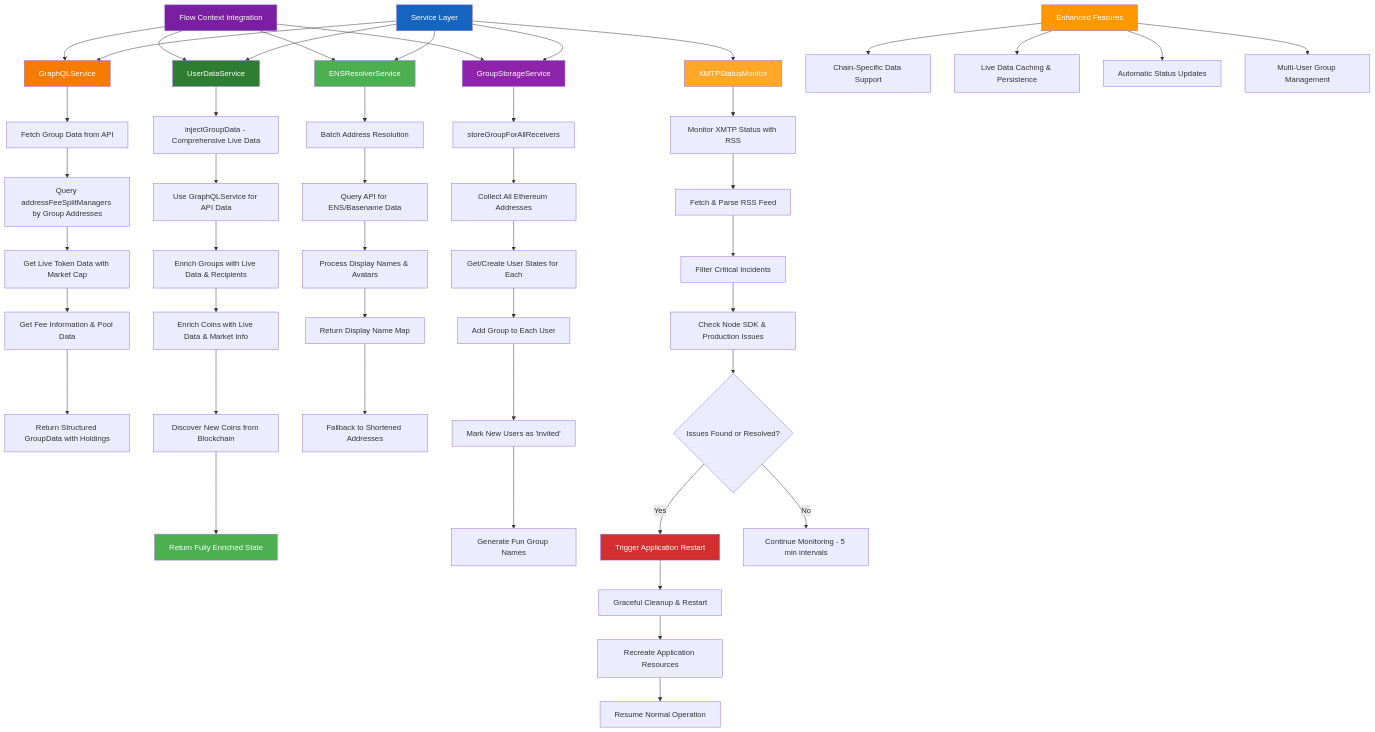
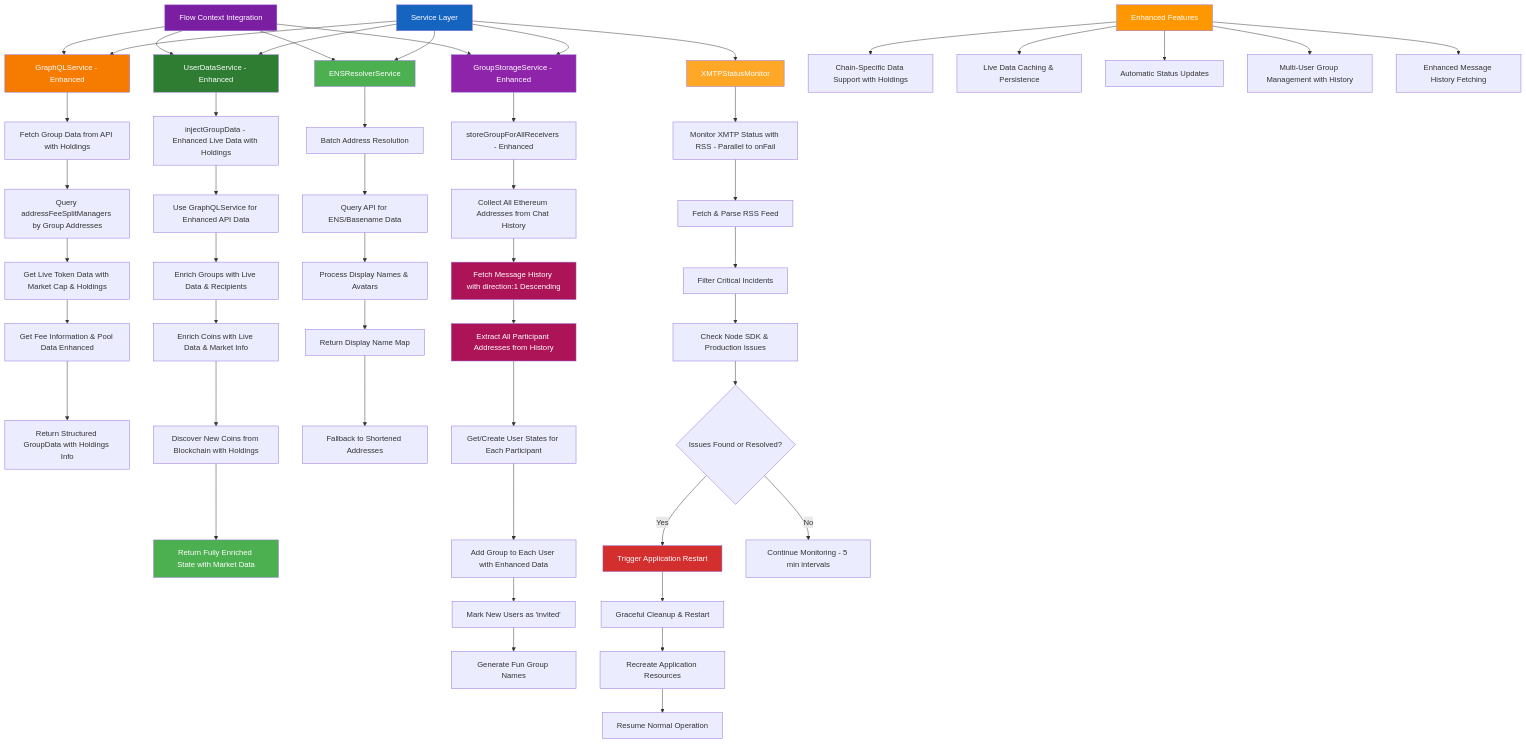
The ninth of 13 diagrams in SYSTEM_ARCHITECTURE.md (flayerlabs/xmtp-flaunchy), drawn with Mermaid before and after one commit. The commit also changed other lines of this file, not shown here.

Commit message:
update system architecture

````diff
--- a/SYSTEM_ARCHITECTURE.md
+++ b/SYSTEM_ARCHITECTURE.md
@@ -650,67 +718,72 @@
 ```mermaid
 graph TD
-    A[Service Layer] --> B[GraphQLService]
-    A --> C[UserDataService]
+    A[Service Layer] --> B[GraphQLService - Enhanced]
+    A --> C[UserDataService - Enhanced]
     A --> D[ENSResolverService]
-    A --> E[GroupStorageService]
+    A --> E[GroupStorageService - Enhanced]
     A --> F[XMTPStatusMonitor]
 
-    B --> G[Fetch Group Data from API]
+    B --> G[Fetch Group Data from API with Holdings]
     G --> H[Query addressFeeSplitManagers by Group Addresses]
-    H --> I[Get Live Token Data with Market Cap]
-    I --> J[Get Fee Information & Pool Data]
-    J --> K[Return Structured GroupData with Holdings]
+    H --> I[Get Live Token Data with Market Cap & Holdings]
+    I --> J[Get Fee Information & Pool Data Enhanced]
+    J --> K[Return Structured GroupData with Holdings Info]
 
-    C --> L[injectGroupData - Comprehensive Live Data]
-    L --> M[Use GraphQLService for API Data]
+    C --> L[injectGroupData - Enhanced Live Data with Holdings]
+    L --> M[Use GraphQLService for Enhanced API Data]
     M --> N[Enrich Groups with Live Data & Recipients]
     N --> O[Enrich Coins with Live Data & Market Info]
-    O --> P[Discover New Coins from Blockchain]
-    P --> Q[Return Fully Enriched State]
+    O --> P[Discover New Coins from Blockchain with Holdings]
+    P --> Q[Return Fully Enriched State with Market Data]
 
     D --> R[Batch Address Resolution]
     R --> S[Query API for ENS/Basename Data]
     S --> T[Process Display Names & Avatars]
     T --> U[Return Display Name Map]
     U --> V[Fallback to Shortened Addresses]
 
-    E --> W[storeGroupForAllReceivers]
-    W --> X[Collect All Ethereum Addresses]
-    X --> Y[Get/Create User States for Each]
-    Y --> Z[Add Group to Each User]
-    Z --> AA[Mark New Users as 'invited']
-    AA --> BB[Generate Fun Group Names]
+    E --> W[storeGroupForAllReceivers - Enhanced]
+    W --> X[Collect All Ethereum Addresses from Chat History]
+    X --> Y[Fetch Message History with direction:1 Descending]
+    Y --> Z[Extract All Participant Addresses from History]
+    Z --> AA[Get/Create User States for Each Participant]
+    AA --> BB[Add Group to Each User with Enhanced Data]
+    BB --> CC[Mark New Users as 'invited']
+    CC --> DD[Generate Fun Group Names]
 
-    F --> CC[Monitor XMTP Status with RSS]
-    CC --> DD[Fetch & Parse RSS Feed]
-    DD --> EE[Filter Critical Incidents]
-    EE --> FF[Check Node SDK & Production Issues]
-    FF --> GG{Issues Found or Resolved?}
-    GG -->|Yes| HH[Trigger Application Restart]
-    GG -->|No| II[Continue Monitoring - 5 min intervals]
+    F --> EE[Monitor XMTP Status with RSS - Parallel to onFail]
+    EE --> FF[Fetch & Parse RSS Feed]
+    FF --> GG[Filter Critical Incidents]
+    GG --> HH[Check Node SDK & Production Issues]
+    HH --> II{Issues Found or Resolved?}
+    II -->|Yes| JJ[Trigger Application Restart]
+    II -->|No| KK[Continue Monitoring - 5 min intervals]
 
-    HH --> JJ[Graceful Cleanup & Restart]
-    JJ --> KK[Recreate Application Resources]
-    KK --> LL[Resume Normal Operation]
+    JJ --> LL[Graceful Cleanup & Restart]
+    LL --> MM[Recreate Application Resources]
+    MM --> NN[Resume Normal Operation]
 
-    MM[Flow Context Integration] --> B
-    MM --> C
-    MM --> D
-    MM --> E
+    OO[Flow Context Integration] --> B
+    OO --> C
+    OO --> D
+    OO --> E
 
-    NN[Enhanced Features] --> OO[Chain-Specific Data Support]
-    NN --> PP[Live Data Caching & Persistence]
-    NN --> QQ[Automatic Status Updates]
-    NN --> RR[Multi-User Group Management]
+    PP[Enhanced Features] --> QQ[Chain-Specific Data Support with Holdings]
+    PP --> RR[Live Data Caching & Persistence]
+    PP --> SS[Automatic Status Updates]
+    PP --> TT[Multi-User Group Management with History]
+    PP --> UU[Enhanced Message History Fetching]
 
     style A fill:#1565C0,color:#ffffff
-    style MM fill:#7B1FA2,color:#ffffff
+    style OO fill:#7B1FA2,color:#ffffff
     style B fill:#F57C00,color:#ffffff
     style C fill:#2E7D32,color:#ffffff
     style D fill:#4CAF50,color:#ffffff
     style E fill:#8E24AA,color:#ffffff
     style F fill:#FFA726,color:#ffffff
-    style NN fill:#FF9800,color:#ffffff
-    style HH fill:#D32F2F,color:#ffffff
+    style PP fill:#FF9800,color:#ffffff
+    style JJ fill:#D32F2F,color:#ffffff
     style Q fill:#4CAF50,color:#ffffff
+    style Y fill:#AD1457,color:#ffffff
+    style Z fill:#AD1457,color:#ffffff
 ```
````
